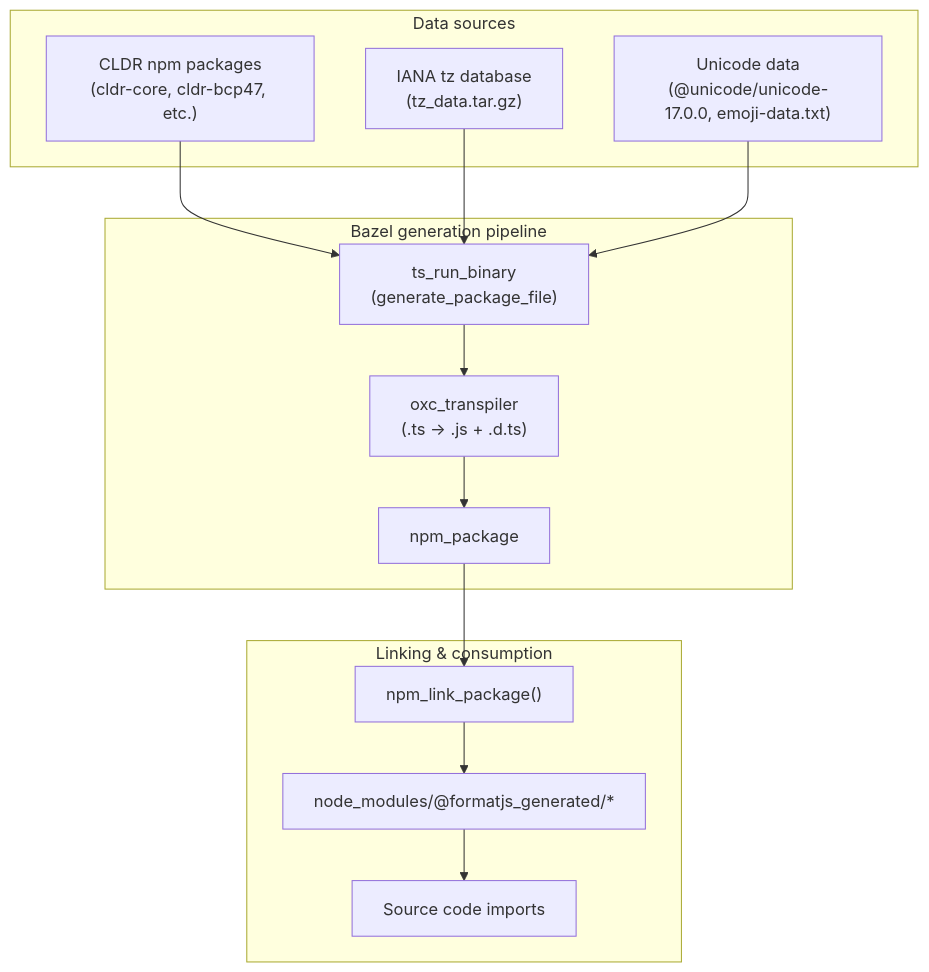
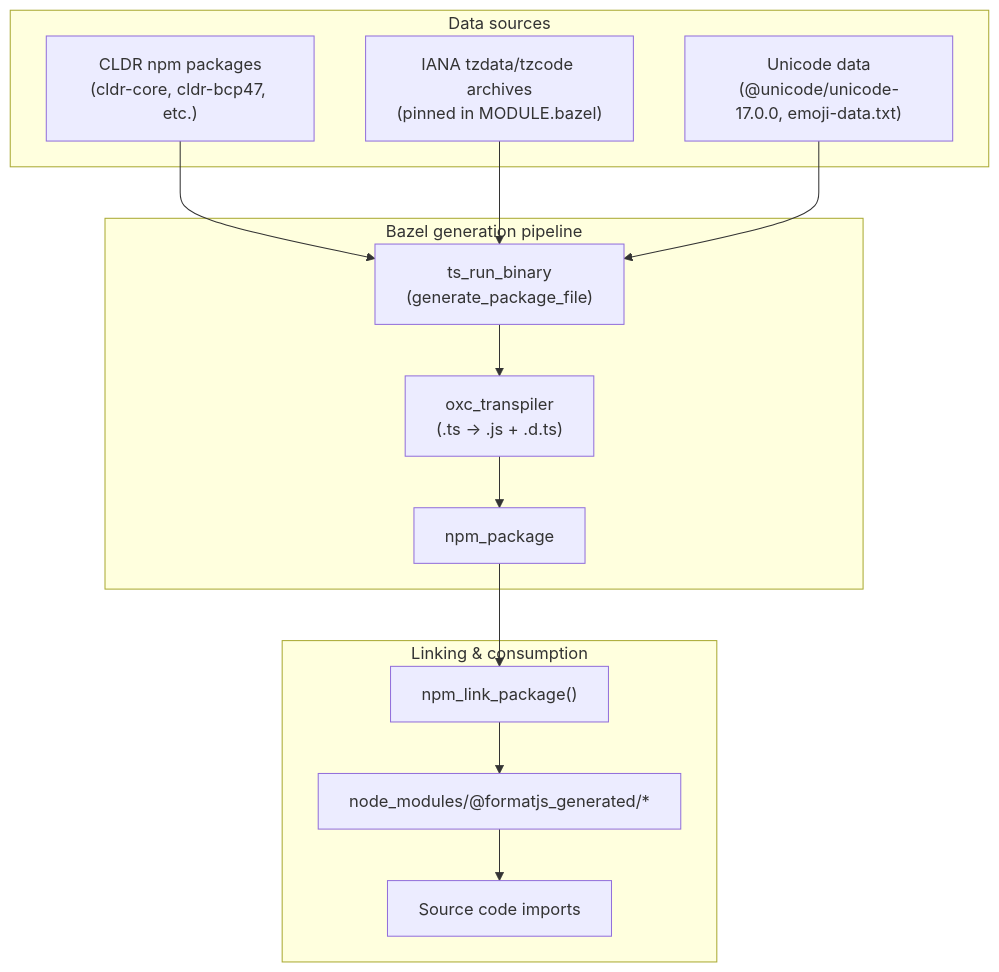
Before and after one commit to formatjs/formatjs: the diagram in knowledge-base/011-generated-packages.md, drawn with Mermaid. The commit also changed other lines of this file and 10 other files, not shown here.

Commit message:
build: generate tzdata hermetically with bazel

````diff
--- a/knowledge-base/011-generated-packages.md
+++ b/knowledge-base/011-generated-packages.md
@@ -19,22 +19,22 @@
 ```mermaid
 flowchart TD
     subgraph "Data sources"
         CLDR["CLDR npm packages<br>(cldr-core, cldr-bcp47, etc.)"]
-        TZ["IANA tz database<br>(tz_data.tar.gz)"]
+        TZ["IANA tzdata/tzcode archives<br>(pinned in MODULE.bazel)"]
         UNI["Unicode data<br>(@unicode/unicode-17.0.0, emoji-data.txt)"]
     end
 
     subgraph "Bazel generation pipeline"
         CLDR --> GEN["ts_run_binary<br>(generate_package_file)"]
         TZ --> GEN
         UNI --> GEN
         GEN --> OXC["oxc_transpiler<br>(.ts → .js + .d.ts)"]
         OXC --> PKG["npm_package"]
     end
 
     subgraph "Linking & consumption"
         PKG --> LINK["npm_link_package()"]
         LINK --> NM["node_modules/@formatjs_generated/*"]
         NM --> SRC["Source code imports"]
     end
 ```
````
